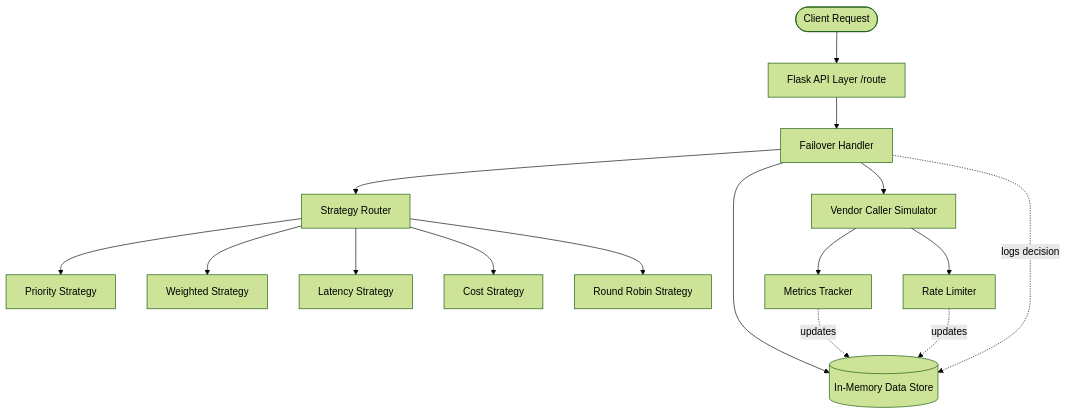
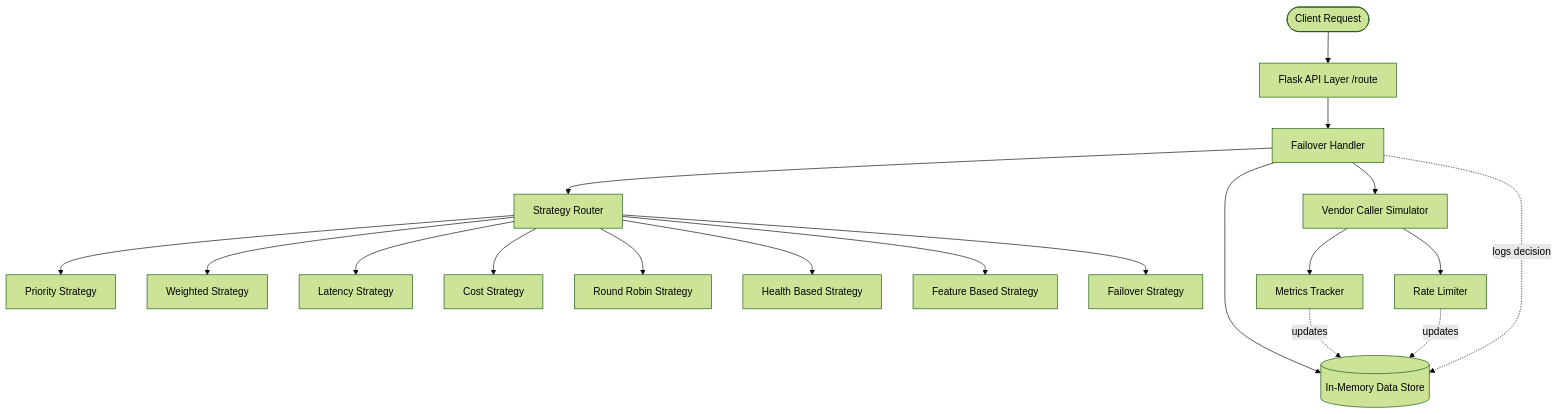
Before and after one commit to amitk2003/signzy_backend_Assignment: the diagram in ARCHITECTURE.md, drawn with Mermaid (forest theme). The commit also changed other lines of this file and 2 other files, not shown here.

````diff
--- a/ARCHITECTURE.md
+++ b/ARCHITECTURE.md
@@ -7,24 +7,27 @@
 ```mermaid
 graph TD
     Client([Client Request]) --> API[Flask API Layer /route]
     
     API --> FH[Failover Handler]
     
     FH --> Store[(In-Memory Data Store)]
     FH --> SR[Strategy Router]
     
     SR --> P[Priority Strategy]
     SR --> W[Weighted Strategy]
     SR --> L[Latency Strategy]
     SR --> C[Cost Strategy]
     SR --> R[Round Robin Strategy]
+    SR --> H[Health Based Strategy]
+    SR --> F[Feature Based Strategy]
+    SR --> FO[Failover Strategy]
     
     FH --> VC[Vendor Caller Simulator]
     
     VC --> MT[Metrics Tracker]
     VC --> RL[Rate Limiter]
     
     MT -.updates.-> Store
     RL -.updates.-> Store
     FH -.logs decision.-> Store
 ```
````
